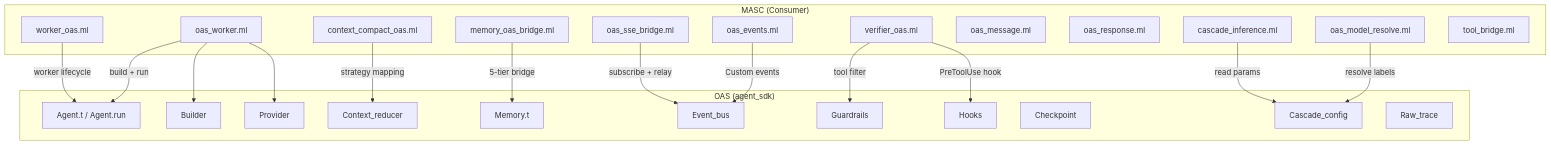
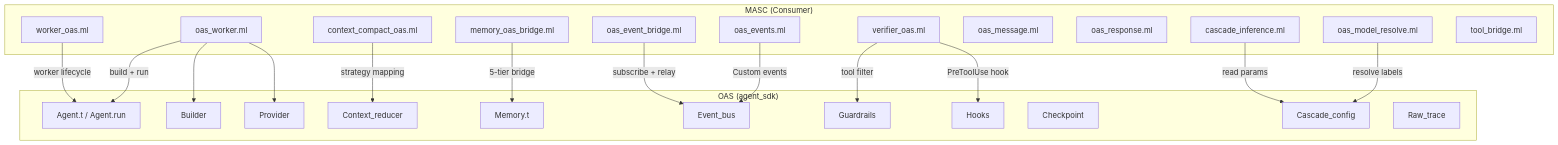
Before and after one commit to jeong-sik/masc: the diagram in docs/spec/13-oas-integration.md, drawn with Mermaid. The commit also changed other lines of this file and 8 other files, not shown here.

First line of the commit message:
chore(oas-event-bridge): finish module rename leftover (log prefix + docs)

````diff
--- a/docs/spec/13-oas-integration.md
+++ b/docs/spec/13-oas-integration.md
@@ -51,42 +51,42 @@
 ```mermaid
 graph TB
   subgraph "MASC (Consumer)"
     OW[oas_worker.ml]
     WO[worker_oas.ml]
     VO[verifier_oas.ml]
     CC[context_compact_oas.ml]
     MOB[memory_oas_bridge.ml]
     OE[oas_events.ml]
-    OSB[oas_sse_bridge.ml]
+    OSB[oas_event_bridge.ml]
     OM[oas_message.ml]
     OR[oas_response.ml]
     OMR[oas_model_resolve.ml]
     CI[cascade_inference.ml]
     TB[tool_bridge.ml]
   end
   subgraph "OAS (agent_sdk)"
     AG[Agent.t / Agent.run]
     BU[Builder]
     PR[Provider]
     CR[Context_reducer]
     MB[Memory.t]
     EB[Event_bus]
     GR[Guardrails]
     HK[Hooks]
     CK[Checkpoint]
     CC2[Cascade_config]
     RT[Raw_trace]
   end
   OW -->|"build + run"| AG
   OW --> BU
   OW --> PR
   WO -->|"worker lifecycle"| AG
   VO -->|"PreToolUse hook"| HK
   VO -->|"tool filter"| GR
   CC -->|"strategy mapping"| CR
   MOB -->|"5-tier bridge"| MB
   OE -->|"Custom events"| EB
   OSB -->|"subscribe + relay"| EB
   OMR -->|"resolve labels"| CC2
   CI -->|"read params"| CC2
 ```
````
